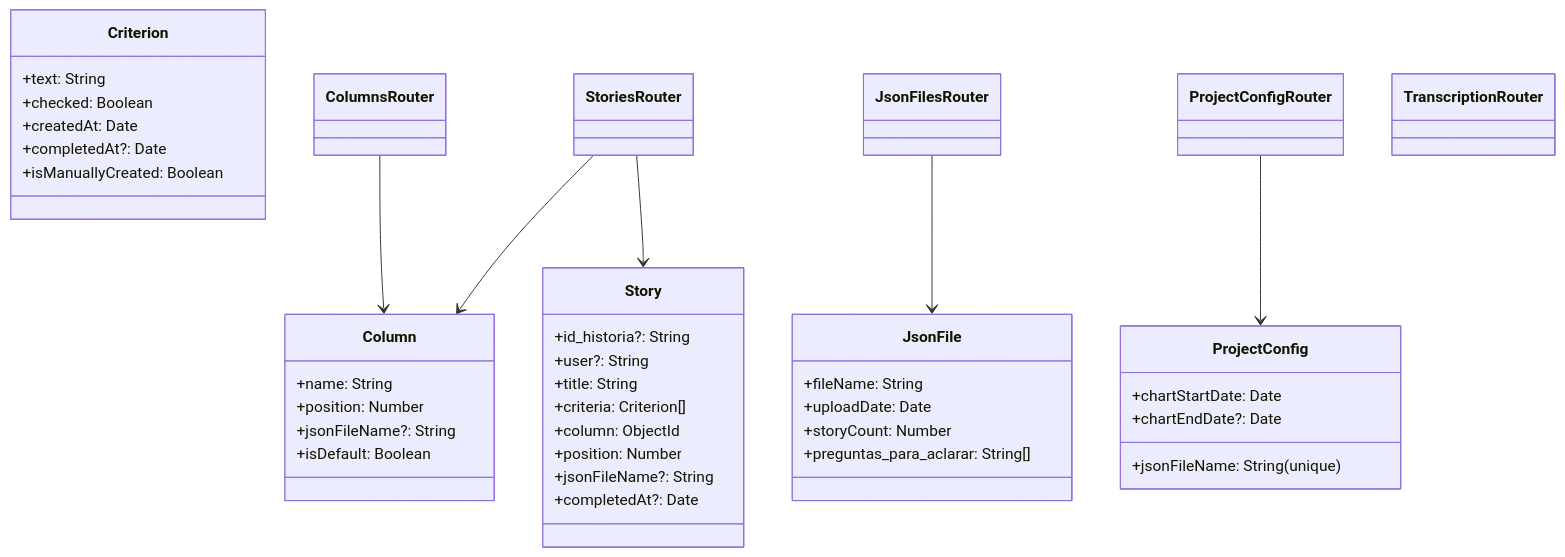
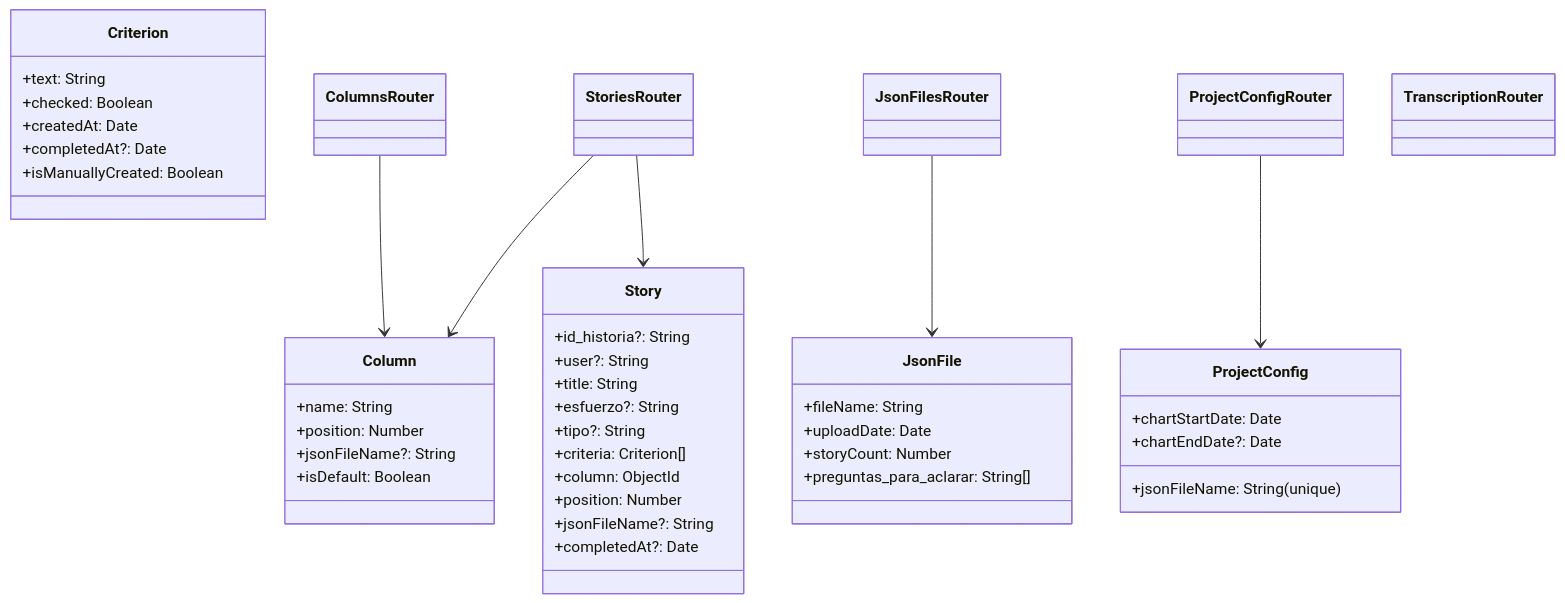
One commit to eddyeduardo/kanban-hu-clean changed the fourth of 5 diagrams in Documentación_Server.md. Above: the diagram before and after it, drawn with Mermaid. The commit also changed other lines of this file and 1 other file, not shown here.

````diff
--- a/Documentación_Server.md
+++ b/Documentación_Server.md
@@ -107,53 +108,55 @@
 ```mermaid
 classDiagram
 class Column {
   +name: String
   +position: Number
   +jsonFileName?: String
   +isDefault: Boolean
 }
 
 class Story {
   +id_historia?: String
   +user?: String
   +title: String
+  +esfuerzo?: String
+  +tipo?: String
   +criteria: Criterion[]
   +column: ObjectId<Column>
   +position: Number
   +jsonFileName?: String
   +completedAt?: Date
 }
 
 class Criterion {
   +text: String
   +checked: Boolean
   +createdAt: Date
   +completedAt?: Date
   +isManuallyCreated: Boolean
 }
 
 class JsonFile {
   +fileName: String
   +uploadDate: Date
   +storyCount: Number
   +preguntas_para_aclarar: String[]
 }
 
 class ProjectConfig {
   +jsonFileName: String (unique)
   +chartStartDate: Date
   +chartEndDate?: Date
 }
 
 class ColumnsRouter
 class StoriesRouter
 class JsonFilesRouter
 class ProjectConfigRouter
 class TranscriptionRouter
 
 ColumnsRouter --> Column
 StoriesRouter --> Story
 JsonFilesRouter --> JsonFile
 ProjectConfigRouter --> ProjectConfig
 StoriesRouter --> Column
 ```
````
